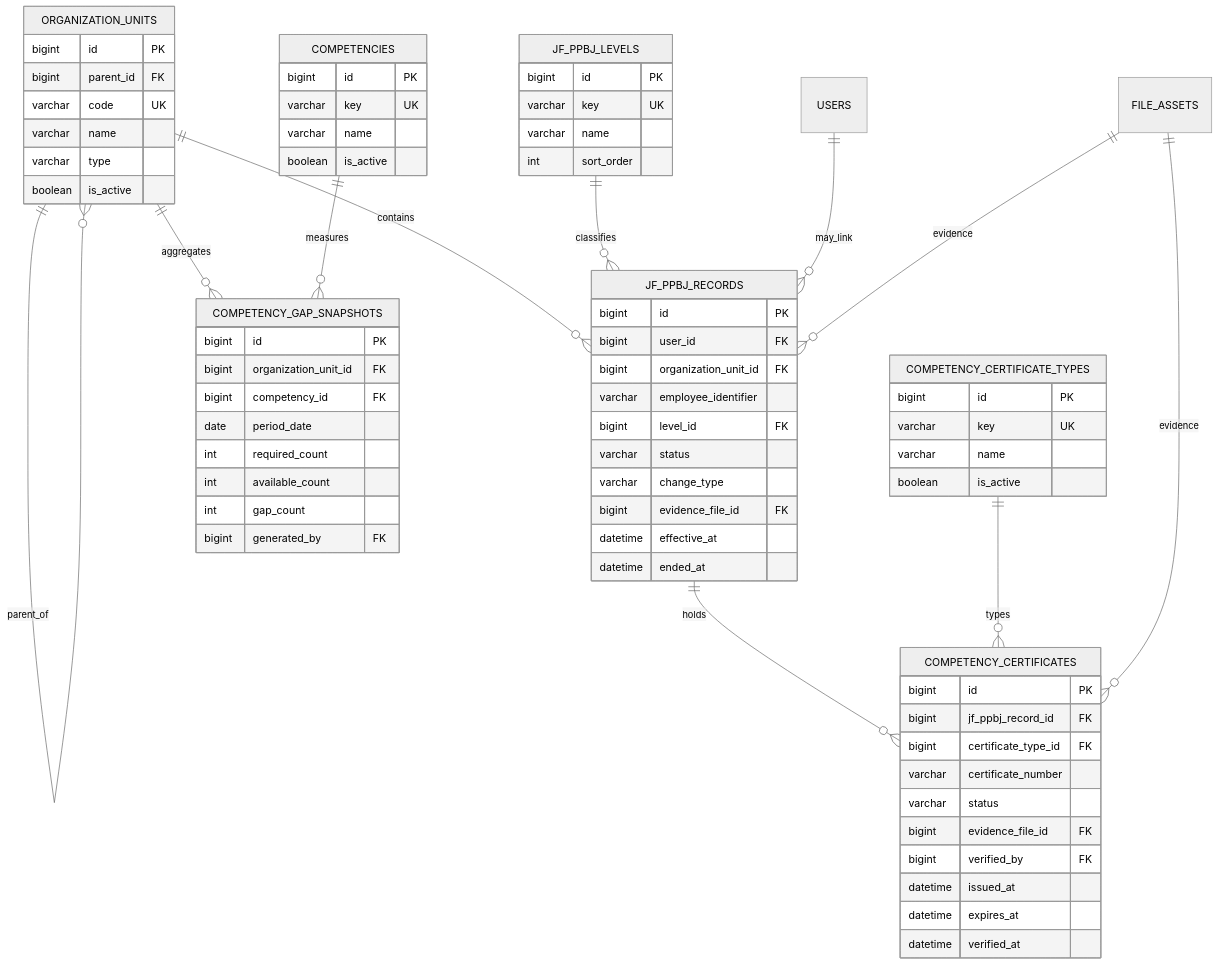
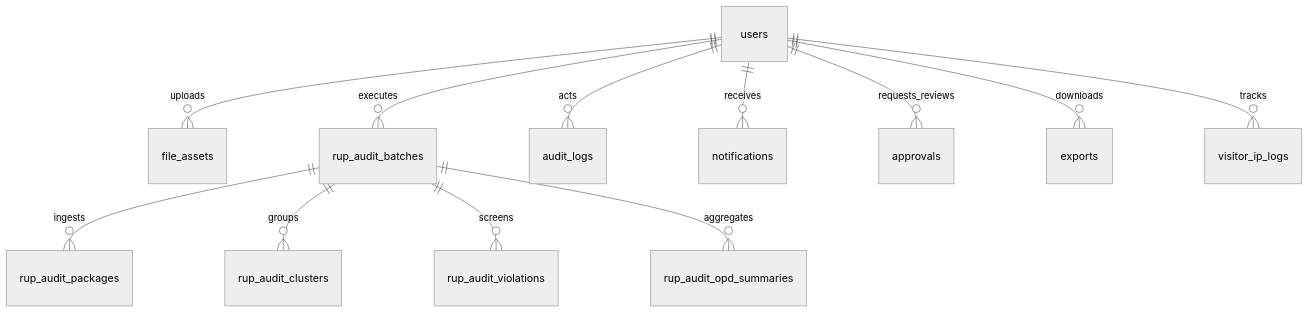
Before and after one commit to andiariyandi/begawipengadaan: the ninth of 9 diagrams in dokumen/database-erd.md, drawn with Mermaid (neutral theme). The commit also changed other lines of this file and 18 other files, not shown here.

````diff
--- a/dokumen/database-erd.md
+++ b/dokumen/database-erd.md
@@ -1059,80 +165,14 @@
 ```mermaid
 erDiagram
-    ORGANIZATION_UNITS {
-        bigint id PK
-        bigint parent_id FK
-        varchar code UK
-        varchar name
-        varchar type
-        boolean is_active
-    }
-
-    JF_PPBJ_LEVELS {
-        bigint id PK
-        varchar key UK
-        varchar name
-        int sort_order
-    }
-
-    JF_PPBJ_RECORDS {
-        bigint id PK
-        bigint user_id FK
-        bigint organization_unit_id FK
-        varchar employee_identifier
-        bigint level_id FK
-        varchar status
-        varchar change_type
-        bigint evidence_file_id FK
-        datetime effective_at
-        datetime ended_at
-    }
-
-    COMPETENCIES {
-        bigint id PK
-        varchar key UK
-        varchar name
-        boolean is_active
-    }
-
-    COMPETENCY_CERTIFICATE_TYPES {
-        bigint id PK
-        varchar key UK
-        varchar name
-        boolean is_active
-    }
-
-    COMPETENCY_CERTIFICATES {
-        bigint id PK
-        bigint jf_ppbj_record_id FK
-        bigint certificate_type_id FK
-        varchar certificate_number
-        varchar status
-        bigint evidence_file_id FK
-        bigint verified_by FK
-        datetime issued_at
-        datetime expires_at
-        datetime verified_at
-    }
-
-    COMPETENCY_GAP_SNAPSHOTS {
-        bigint id PK
-        bigint organization_unit_id FK
-        bigint competency_id FK
-        date period_date
-        int required_count
-        int available_count
-        int gap_count
-        bigint generated_by FK
-    }
-
-    ORGANIZATION_UNITS ||--o{ ORGANIZATION_UNITS : parent_of
-    ORGANIZATION_UNITS ||--o{ JF_PPBJ_RECORDS : contains
-    JF_PPBJ_LEVELS ||--o{ JF_PPBJ_RECORDS : classifies
-    USERS ||--o{ JF_PPBJ_RECORDS : may_link
-    JF_PPBJ_RECORDS ||--o{ COMPETENCY_CERTIFICATES : holds
-    COMPETENCY_CERTIFICATE_TYPES ||--o{ COMPETENCY_CERTIFICATES : types
-    FILE_ASSETS ||--o{ JF_PPBJ_RECORDS : evidence
-    FILE_ASSETS ||--o{ COMPETENCY_CERTIFICATES : evidence
-    ORGANIZATION_UNITS ||--o{ COMPETENCY_GAP_SNAPSHOTS : aggregates
-    COMPETENCIES ||--o{ COMPETENCY_GAP_SNAPSHOTS : measures
+    users ||--o{ file_assets : uploads
+    rup_audit_batches ||--o{ rup_audit_packages : ingests
+    rup_audit_batches ||--o{ rup_audit_clusters : groups
+    rup_audit_batches ||--o{ rup_audit_violations : screens
+    rup_audit_batches ||--o{ rup_audit_opd_summaries : aggregates
+    users ||--o{ rup_audit_batches : executes
+    users ||--o{ audit_logs : acts
+    users ||--o{ notifications : receives
+    users ||--o{ approvals : requests_reviews
+    users ||--o{ exports : downloads
+    users ||--o{ visitor_ip_logs : tracks
 ```
````
